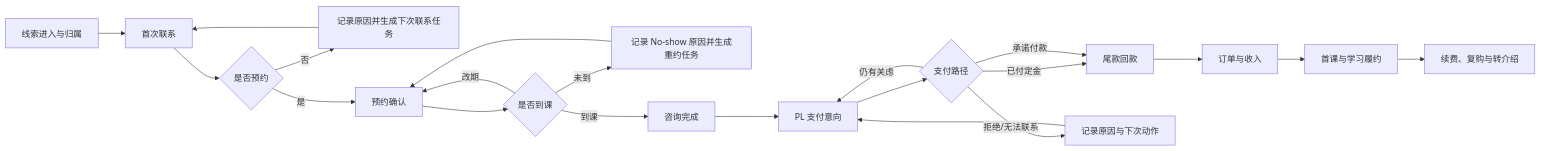
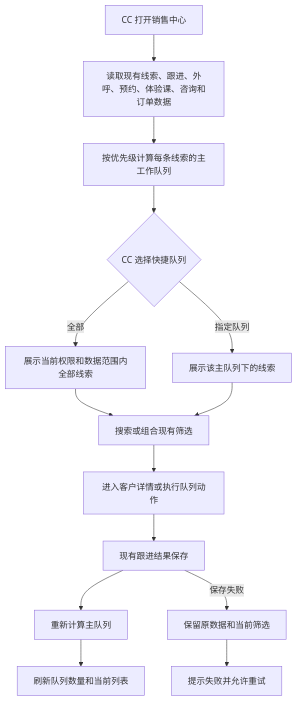
The diagram in projects/crm-operating-closure/prd/PRD.md (h3-ai-lab/hhhprd), drawn with Mermaid before and after one commit. The commit also changed other lines of this file and 10 other files, not shown here.

````diff
--- a/projects/crm-operating-closure/prd/PRD.md
+++ b/projects/crm-operating-closure/prd/PRD.md
@@ -46,23 +75,16 @@
 ```mermaid
-flowchart LR
-    A[线索进入与归属] --> B[首次联系]
-    B --> C{是否预约}
-    C -- 否 --> B1[记录原因并生成下次联系任务]
-    B1 --> B
-    C -- 是 --> D[预约确认]
-    D --> E{是否到课}
-    E -- 改期 --> D
-    E -- 未到 --> E1[记录 No-show 原因并生成重约任务]
-    E1 --> D
-    E -- 到课 --> F[咨询完成]
-    F --> G[PL 支付意向]
-    G --> H{支付路径}
-    H -- 已付定金 --> I[尾款回款]
-    H -- 承诺付款 --> I
-    H -- 仍有关虑 --> G
-    H -- 拒绝/无法联系 --> G1[记录原因与下次动作]
-    I --> J[订单与收入]
-    J --> K[首课与学习履约]
-    K --> L[续费、复购与转介绍]
-    G1 --> G
+flowchart TD
+    A[CC 打开销售中心] --> B[读取现有线索、跟进、外呼、预约、体验课、咨询和订单数据]
+    B --> C[按优先级计算每条线索的主工作队列]
+    C --> D{CC 选择快捷队列}
+    D -->|全部| E[展示当前权限和数据范围内全部线索]
+    D -->|指定队列| F[展示该主队列下的线索]
+    E --> G[搜索或组合现有筛选]
+    F --> G
+    G --> H[进入客户详情或执行队列动作]
+    H --> I[现有跟进结果保存]
+    I --> J[重新计算主队列]
+    J --> K[刷新队列数量和当前列表]
+    I -->|保存失败| L[保留原数据和当前筛选]
+    L --> M[提示失败并允许重试]
 ```
````
